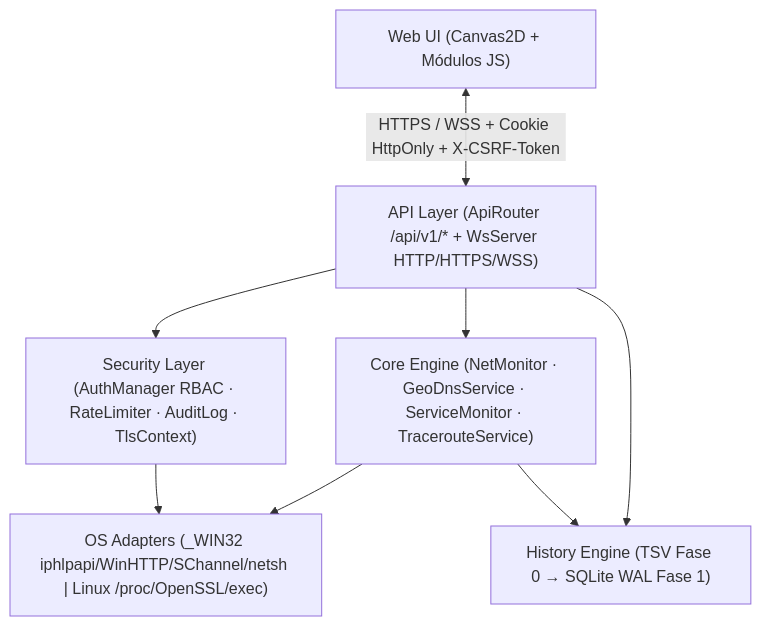
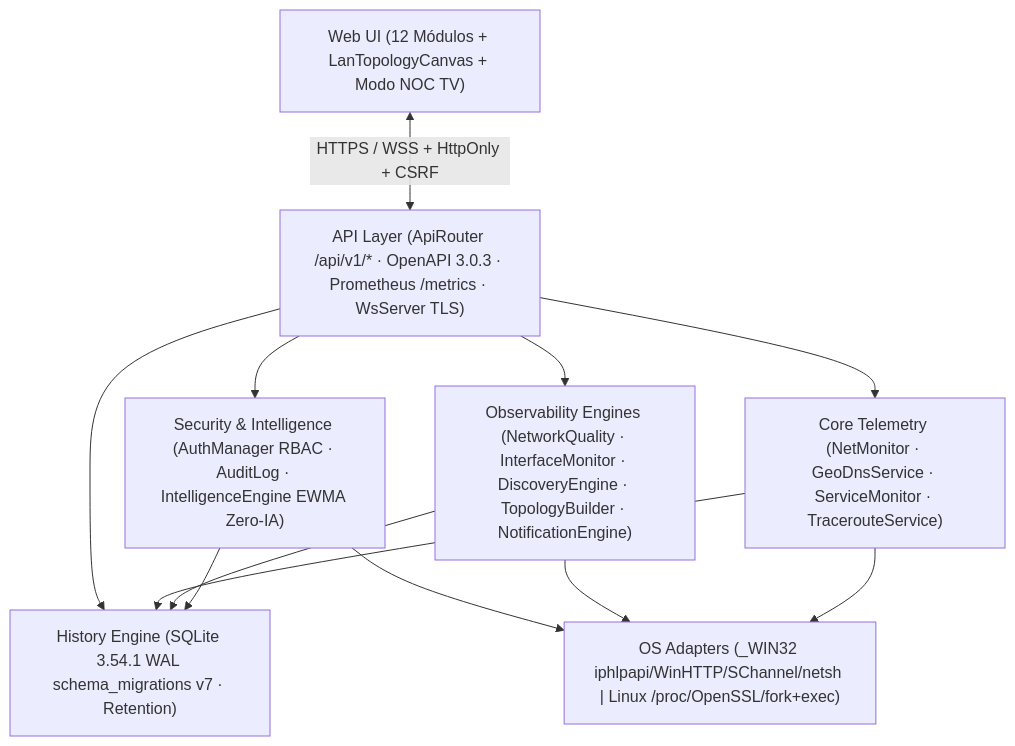
The diagram in ARCHITECTURE.md (djcristianosgp/netpulse-map), drawn with Mermaid before and after one commit. The commit also changed other lines of this file and 12 other files, not shown here.

Commit message:
chore(release): Fase 10 stabilization, benchmarks, Linux CI and NetPulse v2.0.0

````diff
--- a/ARCHITECTURE.md
+++ b/ARCHITECTURE.md
@@ -13,17 +13,22 @@
 ```mermaid
 flowchart TB
-    UI["Web UI (Canvas2D + Módulos JS)"]
-    API["API Layer (ApiRouter /api/v1/* + WsServer HTTP/HTTPS/WSS)"]
-    SEC["Security Layer (AuthManager RBAC · RateLimiter · AuditLog · TlsContext)"]
-    CORE["Core Engine (NetMonitor · GeoDnsService · ServiceMonitor · TracerouteService)"]
-    HIST["History Engine (TSV Fase 0 → SQLite WAL Fase 1)"]
-    OS["OS Adapters (_WIN32 iphlpapi/WinHTTP/SChannel/netsh | Linux /proc/OpenSSL/exec)"]
+    UI["Web UI (12 Módulos + LanTopologyCanvas + Modo NOC TV)"]
+    API["API Layer (ApiRouter /api/v1/* · OpenAPI 3.0.3 · Prometheus /metrics · WsServer TLS)"]
+    SEC["Security & Intelligence (AuthManager RBAC · AuditLog · IntelligenceEngine EWMA Zero-IA)"]
+    OBS["Observability Engines (NetworkQuality · InterfaceMonitor · DiscoveryEngine · TopologyBuilder · NotificationEngine)"]
+    CORE["Core Telemetry (NetMonitor · GeoDnsService · ServiceMonitor · TracerouteService)"]
+    HIST["History Engine (SQLite 3.54.1 WAL schema_migrations v7 · Retention)"]
+    OS["OS Adapters (_WIN32 iphlpapi/WinHTTP/SChannel/netsh | Linux /proc/OpenSSL/fork+exec)"]
 
-    UI <-->|"HTTPS / WSS + Cookie HttpOnly + X-CSRF-Token"| API
+    UI <-->|"HTTPS / WSS + HttpOnly + CSRF"| API
     API --> SEC
+    API --> OBS
     API --> CORE
     API --> HIST
     CORE --> HIST
+    OBS --> HIST
+    SEC --> HIST
+    SEC --> OS
+    OBS --> OS
     CORE --> OS
-    SEC --> OS
 ```
````
